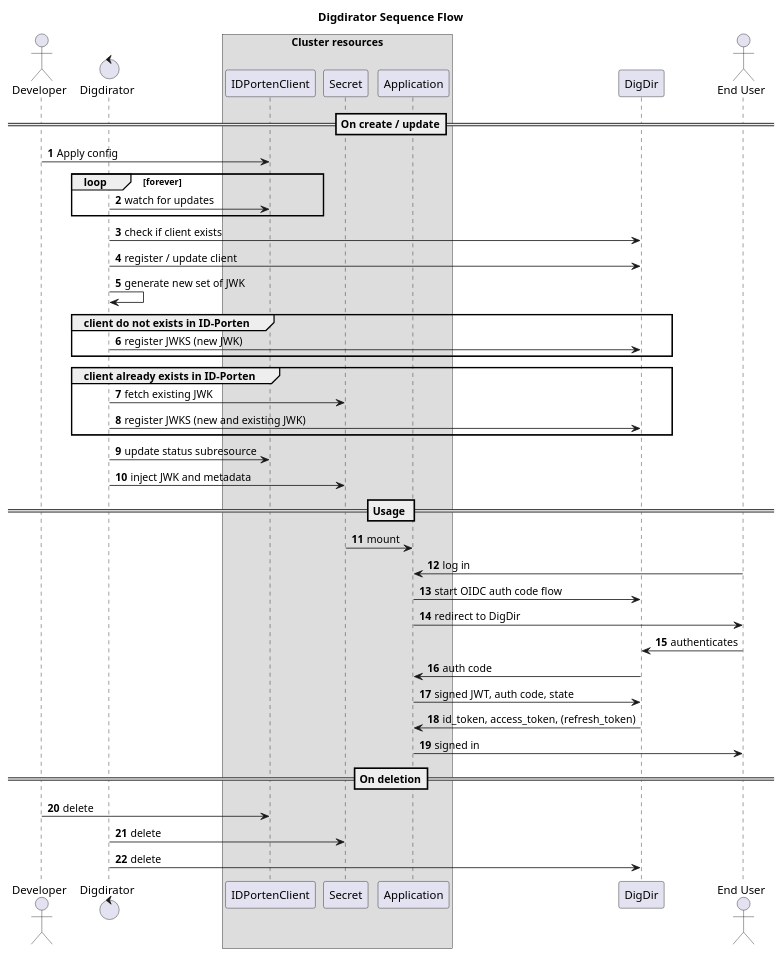
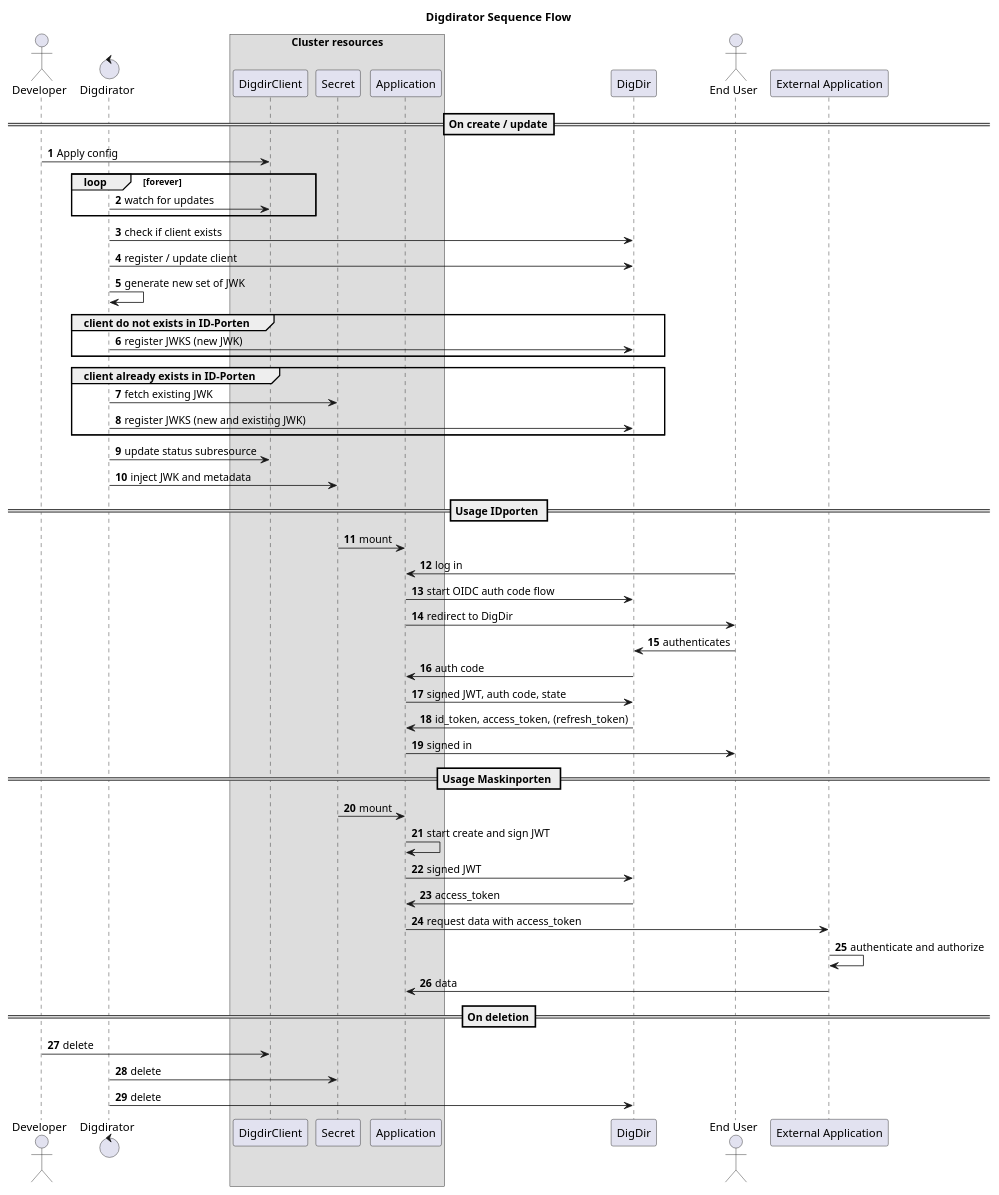
One commit to nais/digdirator changed the diagram in docs/sequence.puml. Above: the diagram before and after it, drawn with PlantUML. The commit also changed 9 other files, not shown here.

Commit message:
add: * maskinporten.yaml sample * manger for maskinporten clients * update diagram with maskinporten client * add jwks ability to read secrets from maskinporten JWK. test: * dectivate MetricsBindAddress in test rename: * idportenclients to digdirclients for general usage.

```diff
--- a/docs/sequence.puml
+++ b/docs/sequence.puml
@@ -1,58 +1,69 @@
 @startuml component
 title Digdirator Sequence Flow
 skinparam maxMessageSize 300
 autonumber
 
 actor developer as "Developer"
 control digdirator as "Digdirator"
 
 box "Cluster resources"
-participant IDPortenClient
+participant DigdirClient
 participant Secret
 participant Application
 end box
 
 participant digdir as "DigDir"
 actor enduser as "End User"
+participant External as "External Application"
 
 ==On create / update==
-developer -> IDPortenClient: Apply config
+developer -> DigdirClient: Apply config
 
 loop forever
-	digdirator -> IDPortenClient: watch for updates
+	digdirator -> DigdirClient: watch for updates
 end
 
 digdirator -> digdir: check if client exists
 digdirator -> digdir: register / update client
 digdirator -> digdirator: generate new set of JWK
 
 group client do not exists in ID-Porten
 digdirator -> digdir: register JWKS (new JWK)
 end
 
 group client already exists in ID-Porten
     digdirator -> Secret: fetch existing JWK
     digdirator -> digdir: register JWKS (new and existing JWK)
 end
 
-digdirator -> IDPortenClient: update status subresource
+digdirator -> DigdirClient: update status subresource
 digdirator -> Secret: inject JWK and metadata
 
-== Usage ==
+== Usage IDporten ==
 
 Secret -> Application: mount
 enduser -> Application: log in
 Application -> digdir: start OIDC auth code flow
 Application -> enduser: redirect to DigDir
 enduser -> digdir: authenticates
 digdir -> Application: auth code
 Application -> digdir: signed JWT, auth code, state
 digdir -> Application: id_token, access_token, (refresh_token)
 Application -> enduser: signed in
 
+== Usage Maskinporten ==
+
+Secret -> Application: mount
+Application -> Application: start create and sign JWT
+Application -> digdir: signed JWT
+digdir -> Application: access_token
+Application -> External: request data with access_token
+External -> External: authenticate and authorize
+External -> Application: data
+
 ==On deletion==
-    developer -> IDPortenClient: delete
+    developer -> DigdirClient: delete
     digdirator -> Secret: delete
     digdirator -> digdir: delete
 
 @enduml
```
